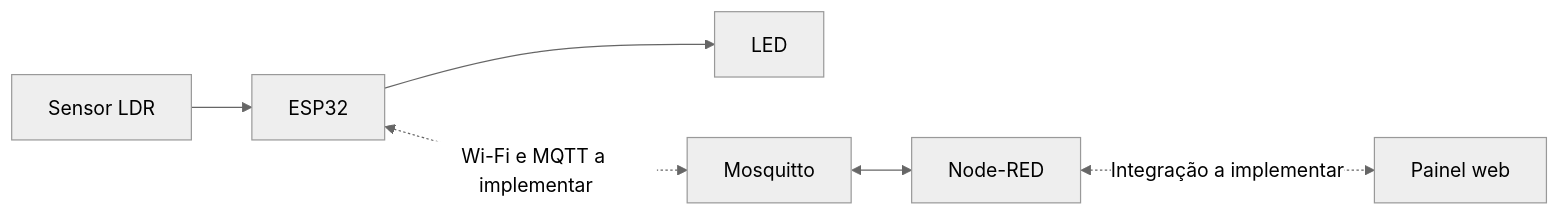
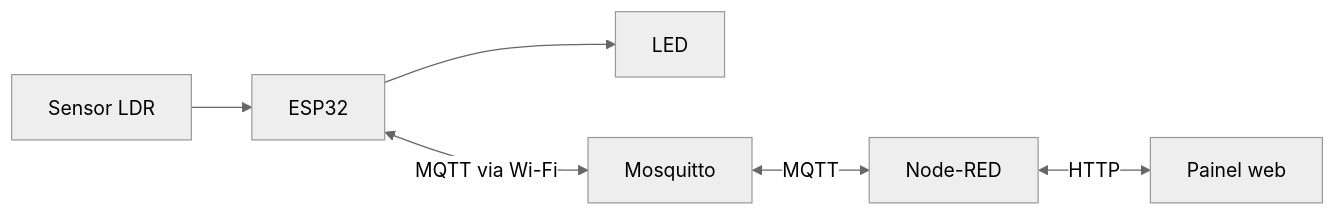
Before and after one commit to jocla3/Atv_Sistemas_Embarcados: the diagram in docs/ARQUITETURA.md, drawn with Mermaid (neutral theme). The commit also changed other lines of this file and 24 other files, not shown here.

Commit message:
feat: integrar ESP32, MQTT e painel de iluminação

````diff
--- a/docs/ARQUITETURA.md
+++ b/docs/ARQUITETURA.md
@@ -5,8 +3,8 @@
 ```mermaid
 flowchart LR
     LDR[Sensor LDR] --> ESP[ESP32]
     ESP --> LED[LED]
-    ESP <-. Wi-Fi e MQTT a implementar .-> MQTT[Mosquitto]
-    MQTT <--> NR[Node-RED]
-    NR <-. Integração a implementar .-> UI[Painel web]
+    ESP <-->|MQTT via Wi-Fi| MQTT[Mosquitto]
+    MQTT <-->|MQTT| NR[Node-RED]
+    NR <-->|HTTP| UI[Painel web]
 ```
````
